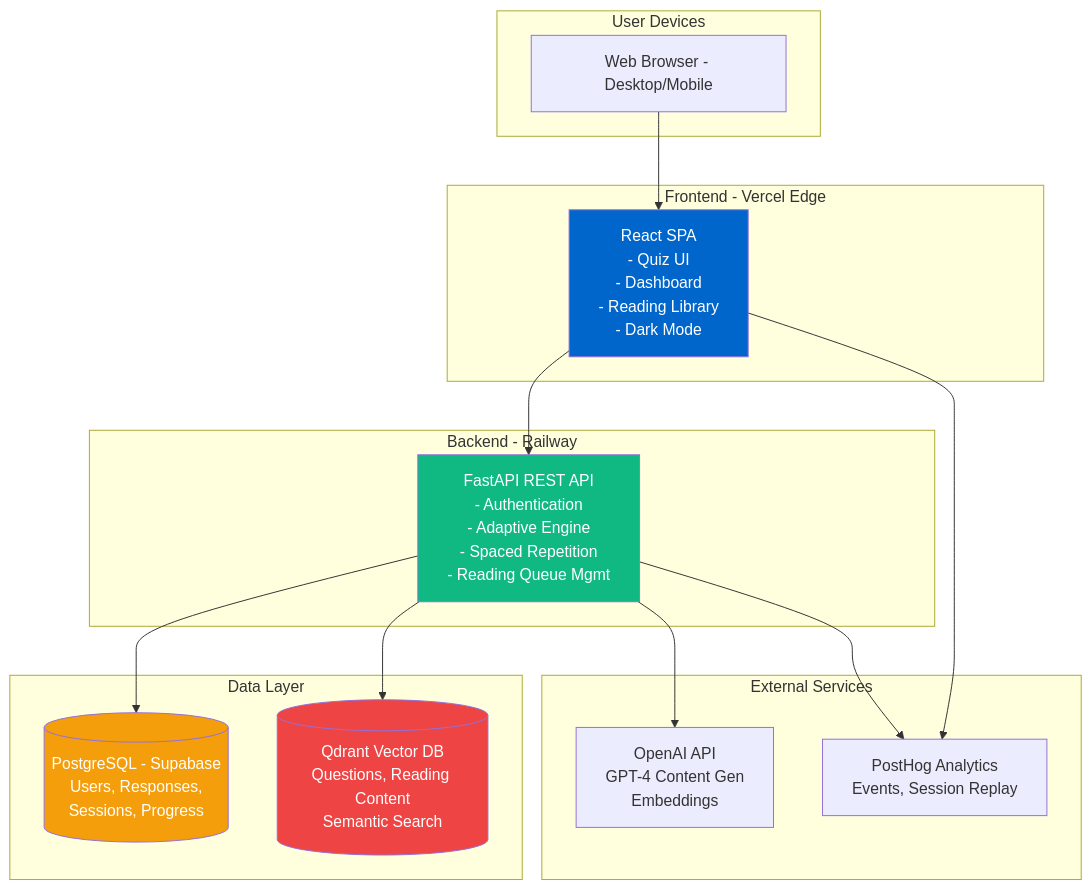
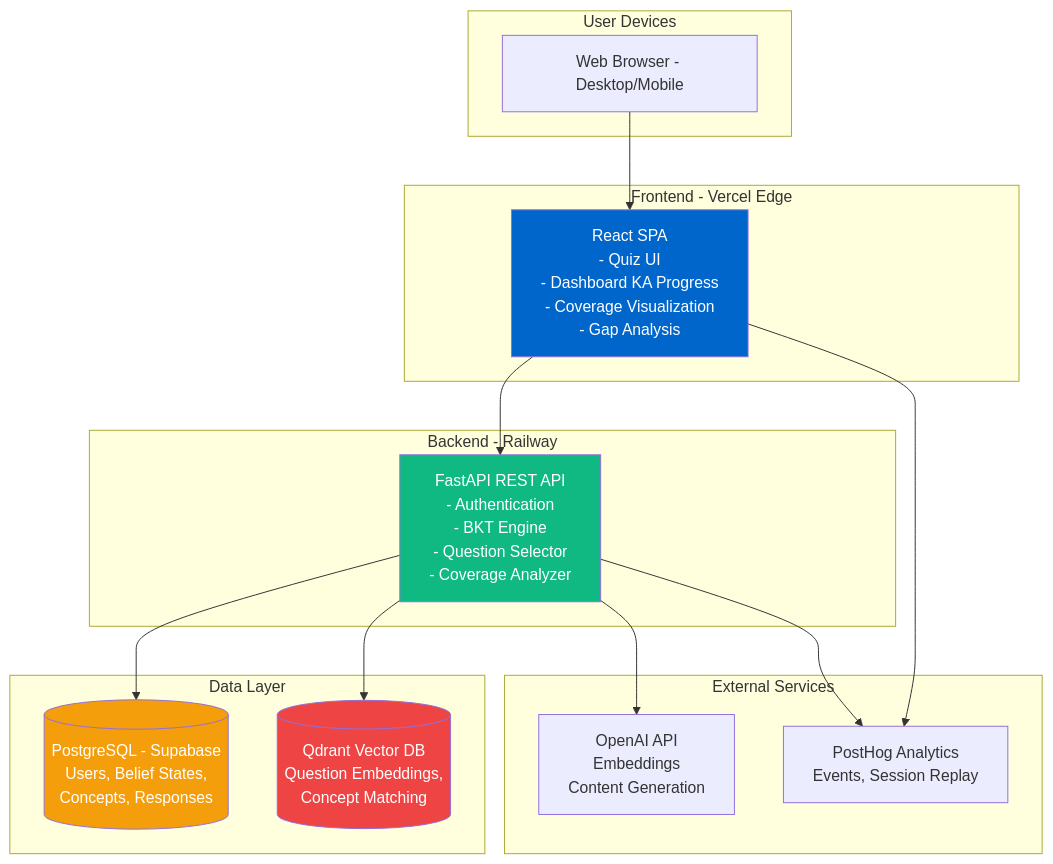
Before and after one commit to NomadonaTrip/learnr_app: the first of 2 diagrams in docs/architecture/high-level-architecture.md, drawn with Mermaid. The commit also changed other lines of this file and 72 other files, not shown here.

````diff
--- a/docs/architecture/high-level-architecture.md
+++ b/docs/architecture/high-level-architecture.md
@@ -62,37 +87,37 @@
 ```mermaid
 graph TB
     subgraph "User Devices"
         Browser[Web Browser - Desktop/Mobile]
     end
 
     subgraph "Frontend - Vercel Edge"
-        SPA[React SPA<br/>- Quiz UI<br/>- Dashboard<br/>- Reading Library<br/>- Dark Mode]
+        SPA[React SPA<br/>- Quiz UI<br/>- Dashboard KA Progress<br/>- Coverage Visualization<br/>- Gap Analysis]
     end
 
     subgraph "Backend - Railway"
-        API[FastAPI REST API<br/>- Authentication<br/>- Adaptive Engine<br/>- Spaced Repetition<br/>- Reading Queue Mgmt]
+        API[FastAPI REST API<br/>- Authentication<br/>- BKT Engine<br/>- Question Selector<br/>- Coverage Analyzer]
     end
 
     subgraph "Data Layer"
-        PG[(PostgreSQL - Supabase<br/>Users, Responses,<br/>Sessions, Progress)]
-        Qdrant[(Qdrant Vector DB<br/>Questions, Reading Content<br/>Semantic Search)]
+        PG[(PostgreSQL - Supabase<br/>Users, Belief States,<br/>Concepts, Responses)]
+        Qdrant[(Qdrant Vector DB<br/>Question Embeddings,<br/>Concept Matching)]
     end
 
     subgraph "External Services"
-        OpenAI[OpenAI API<br/>GPT-4 Content Gen<br/>Embeddings]
+        OpenAI[OpenAI API<br/>Embeddings<br/>Content Generation]
         PostHog[PostHog Analytics<br/>Events, Session Replay]
     end
 
     Browser --> SPA
     SPA --> API
     API --> PG
     API --> Qdrant
     API --> OpenAI
     SPA --> PostHog
     API --> PostHog
 
     style SPA fill:#0066CC,color:#fff
     style API fill:#10B981,color:#fff
     style PG fill:#F59E0B,color:#fff
     style Qdrant fill:#EF4444,color:#fff
 ```
````
